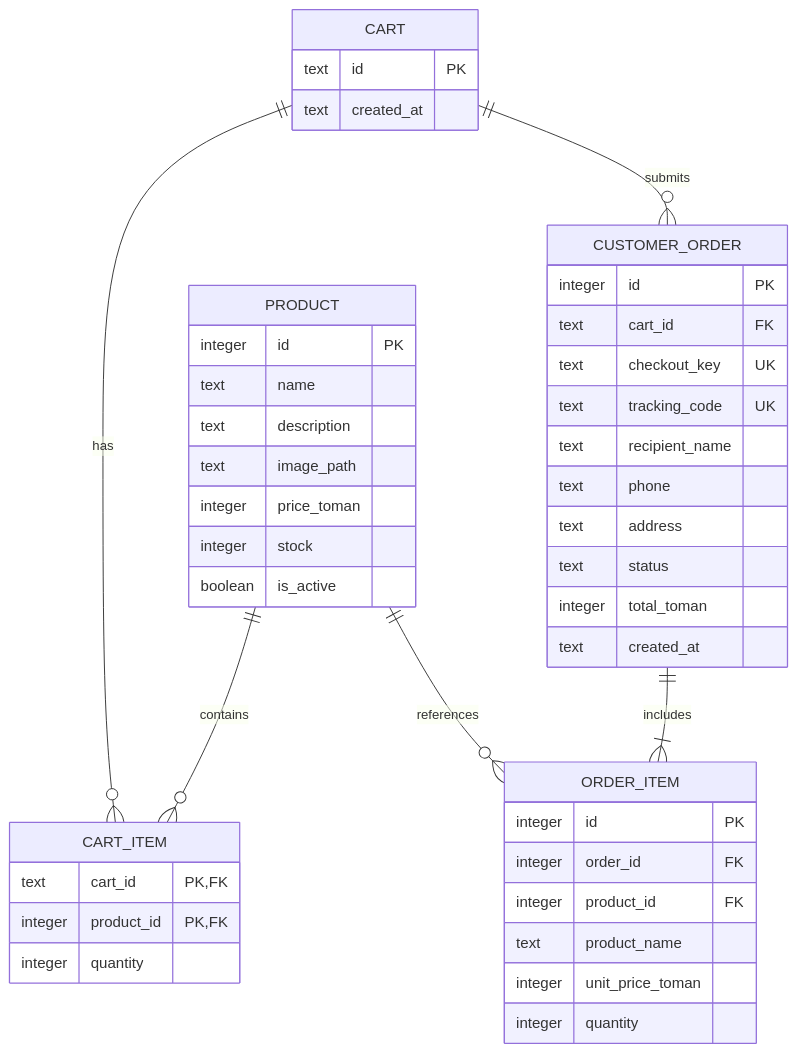
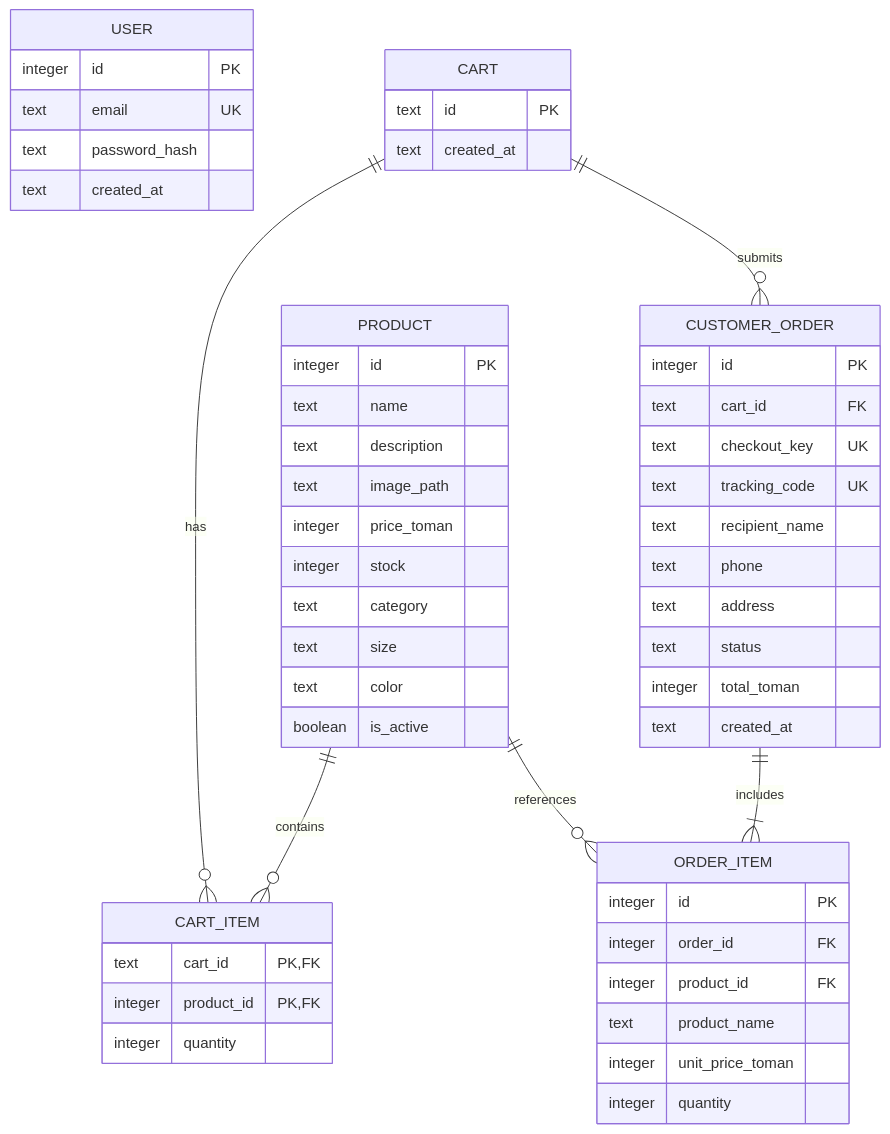
One commit to minooaslani137853-boop/iranian-clothing-shop changed the diagram in docs/er-diagram.md. Above: the diagram before and after it, drawn with Mermaid. The commit also changed other lines of this file and 13 other files, not shown here.

````diff
--- a/docs/er-diagram.md
+++ b/docs/er-diagram.md
@@ -5,46 +5,55 @@
 ```mermaid
 erDiagram
+    USER {
+        integer id PK
+        text email UK
+        text password_hash
+        text created_at
+    }
     PRODUCT ||--o{ CART_ITEM : contains
     CART ||--o{ CART_ITEM : has
     CART ||--o{ CUSTOMER_ORDER : submits
     CUSTOMER_ORDER ||--|{ ORDER_ITEM : includes
     PRODUCT ||--o{ ORDER_ITEM : references
     PRODUCT {
         integer id PK
         text name
         text description
         text image_path
         integer price_toman
         integer stock
+        text category
+        text size
+        text color
         boolean is_active
     }
     CART {
         text id PK
         text created_at
     }
     CART_ITEM {
         text cart_id PK,FK
         integer product_id PK,FK
         integer quantity
     }
     CUSTOMER_ORDER {
         integer id PK
         text cart_id FK
         text checkout_key UK
         text tracking_code UK
         text recipient_name
         text phone
         text address
         text status
         integer total_toman
         text created_at
     }
     ORDER_ITEM {
         integer id PK
         integer order_id FK
         integer product_id FK
         text product_name
         integer unit_price_toman
         integer quantity
     }
 ```
````
